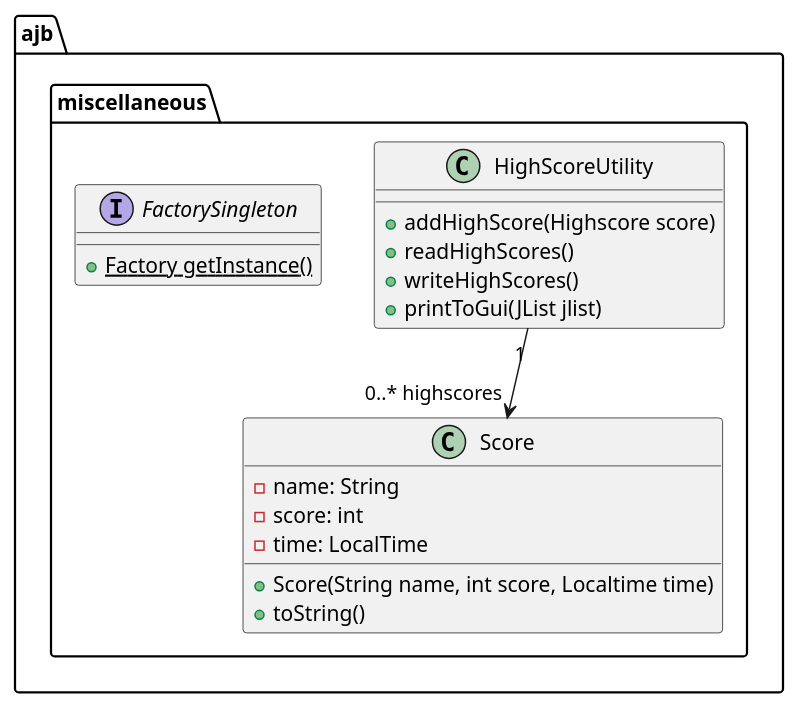
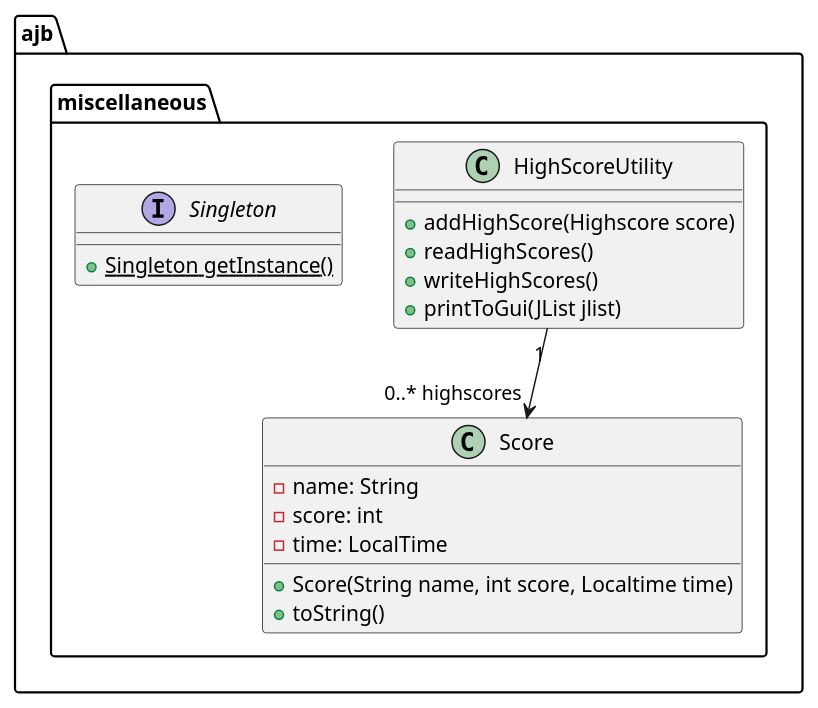
One commit to pfeilda/softwareengineeringProjekt changed the diagram in Documentation/plantuml/Bausteinsicht/Ebene2/2Ebene-miscellaneous.puml. Above: the diagram before and after it, drawn with PlantUML. The commit also changed 6 other files, not shown here.

Commit message:
Restructered UML For Bausteinsicht

```diff
--- a/Documentation/plantuml/Bausteinsicht/Ebene2/2Ebene-miscellaneous.puml
+++ b/Documentation/plantuml/Bausteinsicht/Ebene2/2Ebene-miscellaneous.puml
@@ -1,26 +1,26 @@
 @startuml
 namespace ajb{
     namespace miscellaneous{
         class HighScoreUtility{
             +addHighScore(Highscore score)
             +readHighScores()
             +writeHighScores()
             +printToGui(JList jlist)
         }
         HighScoreUtility "1" --> " 0..* highscores" Score
 
         class Score {
             -name: String
             -score: int
             -time: LocalTime
             +Score(String name, int score, Localtime time)
             +toString()
         }
 
-        interface FactorySingleton{
-            +{static} Factory getInstance()
+        interface Singleton{
+            +{static} Singleton getInstance()
         }
     }
 }
 
 @enduml
```
